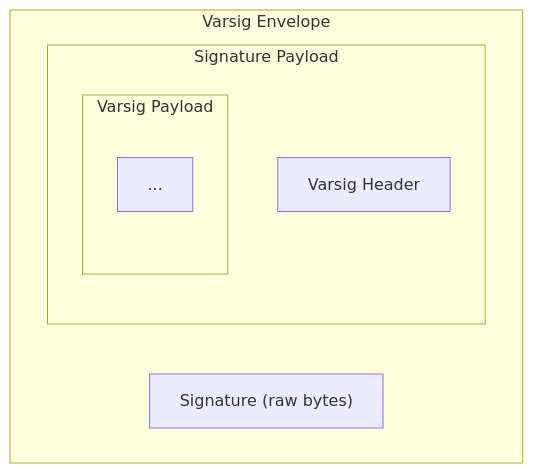
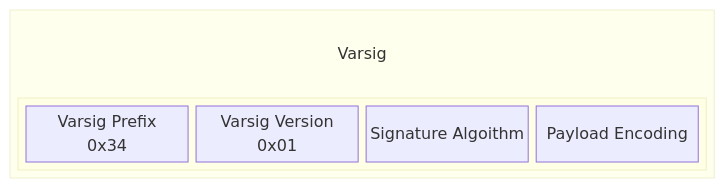
Before and after one commit to ChainAgnostic/varsig: the first of 3 diagrams in README.md, drawn with Mermaid. The commit also changed other lines of this file, not shown here.

Commit message:
Siwtch to mermaid

````diff
--- a/README.md
+++ b/README.md
@@ -357,14 +242,21 @@
 ``` mermaid
-flowchart TD
-    subgraph Ucan ["Varsig Envelope"]
-        SignatureBytes["Signature (raw bytes)"]
-      
-        subgraph SigPayload ["Signature Payload"]
-            VarsigHeader["Varsig Header"]
+block-beta
+    columns 1
 
-            subgraph VarsigPayload ["Varsig Payload"]
-                fields["..."]
-            end
+    block
+        columns 1
+
+        Varsig
+
+        block 
+            columns 4
+
+            VarsigPrefix["Varsig Prefix\n0x34"]
+            version["Varsig Version\n0x01"]
+            SigDetails["Signature Algoithm"]
+            Encoding["Payload Encoding"]
         end
     end
+
+    style Varsig fill:none;stroke:none;
 ```
````
